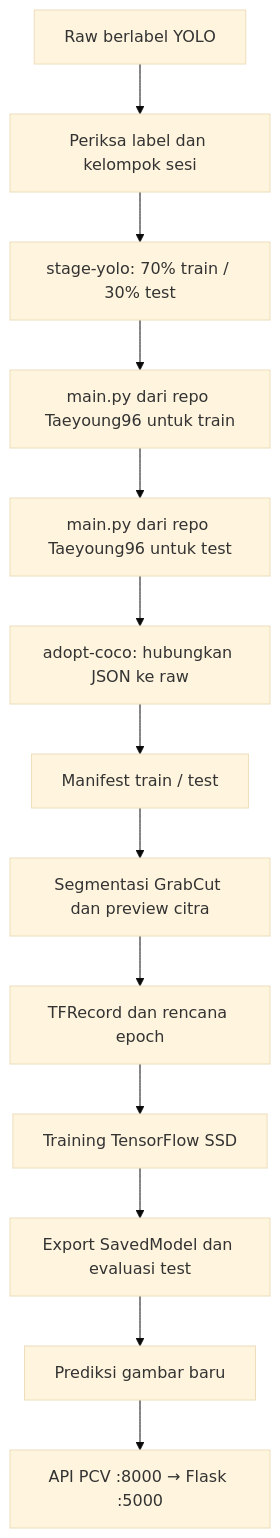
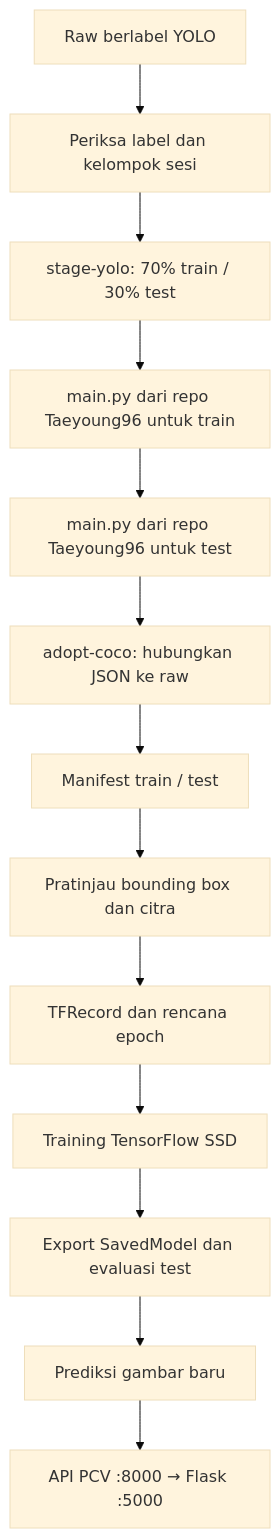
One commit to rizqyhillan/ferqueue changed the diagram in docs/PCV_MANUAL.md. Above: the diagram before and after it, drawn with Mermaid (base theme). The commit also changed other lines of this file and 10 other files, not shown here.

````diff
--- a/docs/PCV_MANUAL.md
+++ b/docs/PCV_MANUAL.md
@@ -11,15 +11,15 @@
 ```mermaid
 flowchart TD
     A[Raw berlabel YOLO] --> B[Periksa label dan kelompok sesi]
     B --> C[stage-yolo: 70% train / 30% test]
     C --> D[main.py dari repo Taeyoung96 untuk train]
     D --> E[main.py dari repo Taeyoung96 untuk test]
     E --> F[adopt-coco: hubungkan JSON ke raw]
     F --> G[Manifest train / test]
-    G --> H[Segmentasi GrabCut dan preview citra]
+    G --> H[Pratinjau bounding box dan citra]
     H --> I[TFRecord dan rencana epoch]
     I --> J[Training TensorFlow SSD]
     J --> K[Export SavedModel dan evaluasi test]
     K --> L[Prediksi gambar baru]
     L --> M[API PCV :8000 → Flask :5000]
 ```
````
